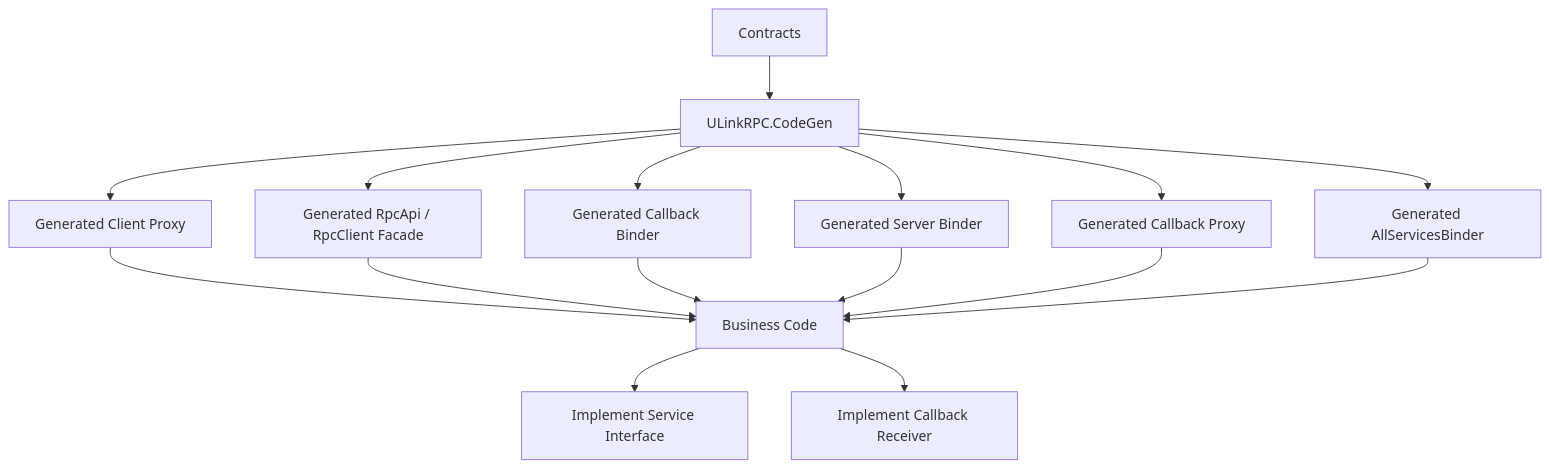
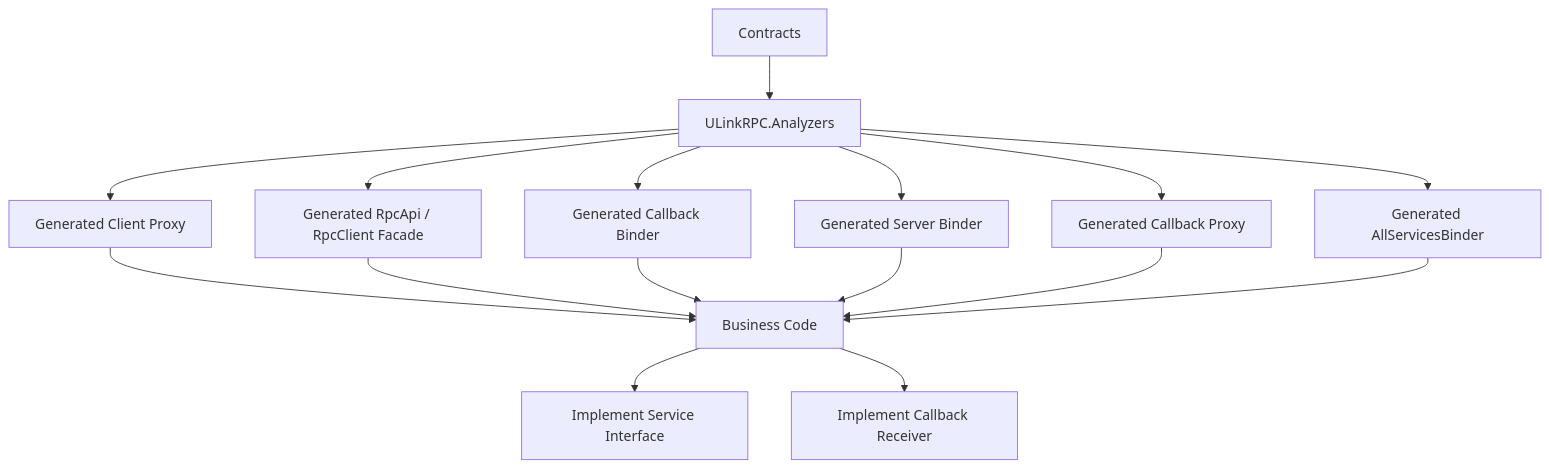
Before and after one commit to bruce48x/ULinkRPC: the fourth of 4 diagrams in blog/content/posts/ulinkrpc-design-and-implementation.md, drawn with Mermaid. The commit also changed other lines of this file and 19 other files, not shown here.

Commit message:
Complete CodeGen removal documentation

````diff
--- a/blog/content/posts/ulinkrpc-design-and-implementation.md
+++ b/blog/content/posts/ulinkrpc-design-and-implementation.md
@@ -670,19 +670,19 @@
 ```mermaid
 flowchart TB
-    A["Contracts"] --> B["ULinkRPC.CodeGen"]
+    A["Contracts"] --> B["ULinkRPC.Analyzers"]
     B --> C["Generated Client Proxy"]
     B --> D["Generated RpcApi / RpcClient Facade"]
     B --> E["Generated Callback Binder"]
     B --> F["Generated Server Binder"]
     B --> G["Generated Callback Proxy"]
     B --> H["Generated AllServicesBinder"]
 
     I["Business Code"] --> J["Implement Service Interface"]
     I --> K["Implement Callback Receiver"]
     C --> I
     D --> I
     E --> I
     F --> I
     G --> I
     H --> I
 ```
````
